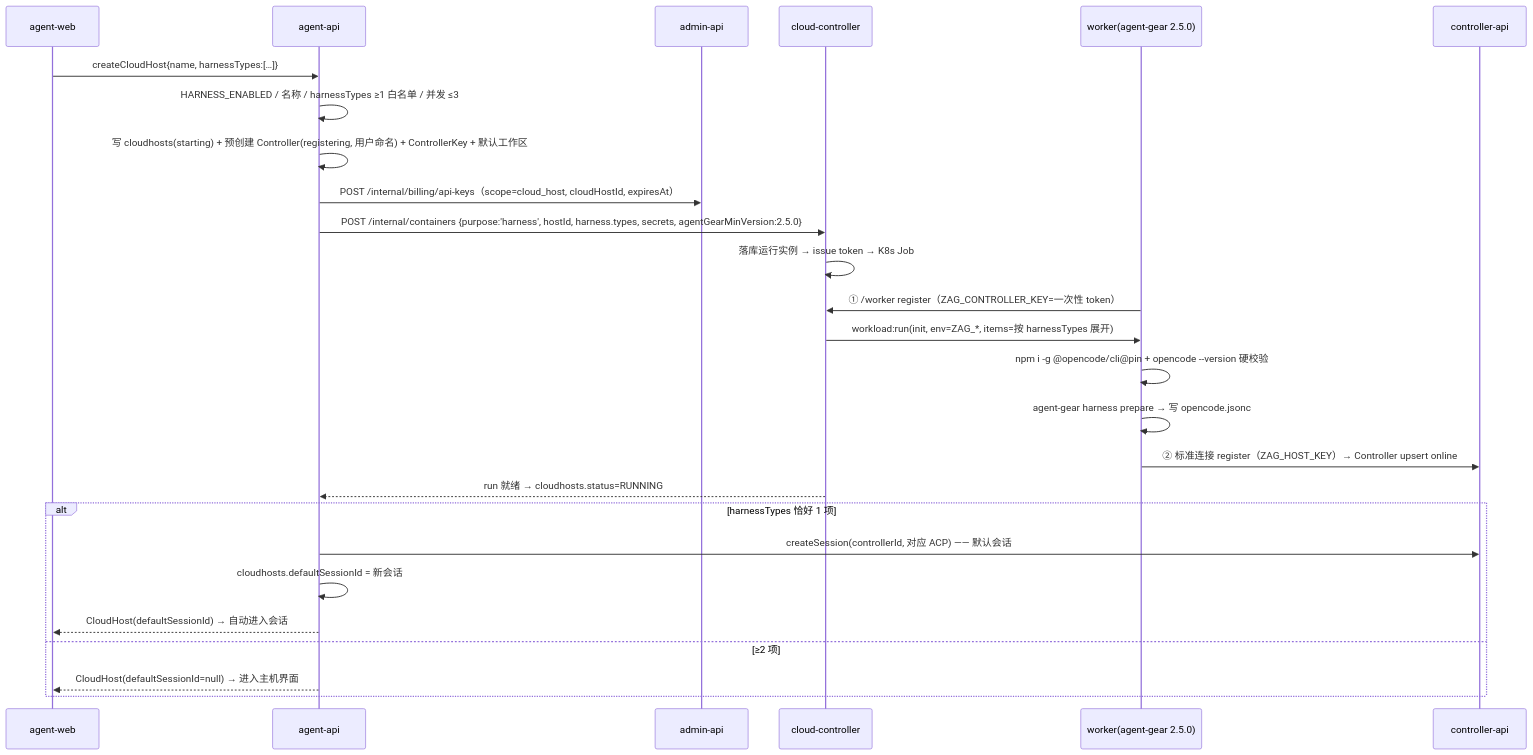
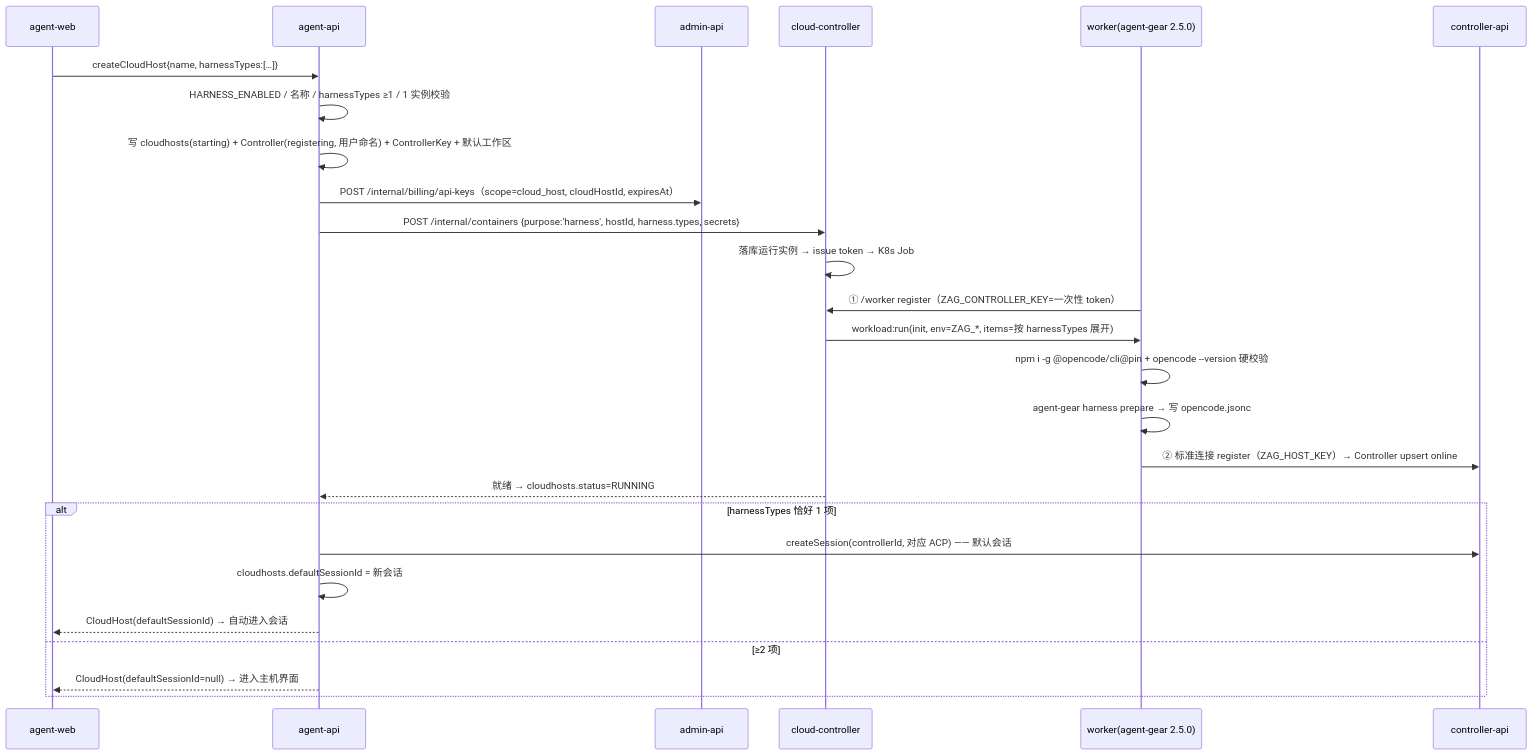
Before and after one commit to Deliay/z-agent-gear: the third of 5 diagrams in docs/engineering/proposals/20261020-feat-container-harness-support.md, drawn with Mermaid. The commit also changed other lines of this file and 3 other files, not shown here.

````diff
--- a/docs/engineering/proposals/20261020-feat-container-harness-support.md
+++ b/docs/engineering/proposals/20261020-feat-container-harness-support.md
@@ -410,29 +417,29 @@
 ```mermaid
 sequenceDiagram
     participant AW as agent-web
     participant AA as agent-api
     participant AD as admin-api
     participant CC as cloud-controller
     participant W as worker(agent-gear 2.5.0)
     participant CA as controller-api
 
     AW->>AA: createCloudHost{name, harnessTypes:[…]}
-    AA->>AA: HARNESS_ENABLED / 名称 / harnessTypes ≥1 白名单 / 并发 ≤3
-    AA->>AA: 写 cloudhosts(starting) + 预创建 Controller(registering, 用户命名) + ControllerKey + 默认工作区
+    AA->>AA: HARNESS_ENABLED / 名称 / harnessTypes ≥1 / 1 实例校验
+    AA->>AA: 写 cloudhosts(starting) + Controller(registering, 用户命名) + ControllerKey + 默认工作区
     AA->>AD: POST /internal/billing/api-keys（scope=cloud_host, cloudHostId, expiresAt）
-    AA->>CC: POST /internal/containers {purpose:'harness', hostId, harness.types, secrets, agentGearMinVersion:2.5.0}
+    AA->>CC: POST /internal/containers {purpose:'harness', hostId, harness.types, secrets}
     CC->>CC: 落库运行实例 → issue token → K8s Job
     W->>CC: ① /worker register（ZAG_CONTROLLER_KEY=一次性 token）
     CC->>W: workload:run(init, env=ZAG_*, items=按 harnessTypes 展开)
     W->>W: npm i -g @opencode/cli@pin + opencode --version 硬校验
     W->>W: agent-gear harness prepare → 写 opencode.jsonc
     W->>CA: ② 标准连接 register（ZAG_HOST_KEY）→ Controller upsert online
-    CC-->>AA: run 就绪 → cloudhosts.status=RUNNING
+    CC-->>AA: 就绪 → cloudhosts.status=RUNNING
     alt harnessTypes 恰好 1 项
         AA->>CA: createSession(controllerId, 对应 ACP) —— 默认会话
         AA->>AA: cloudhosts.defaultSessionId = 新会话
         AA-->>AW: CloudHost(defaultSessionId) → 自动进入会话
     else ≥2 项
         AA-->>AW: CloudHost(defaultSessionId=null) → 进入主机界面
     end
 ```
````
